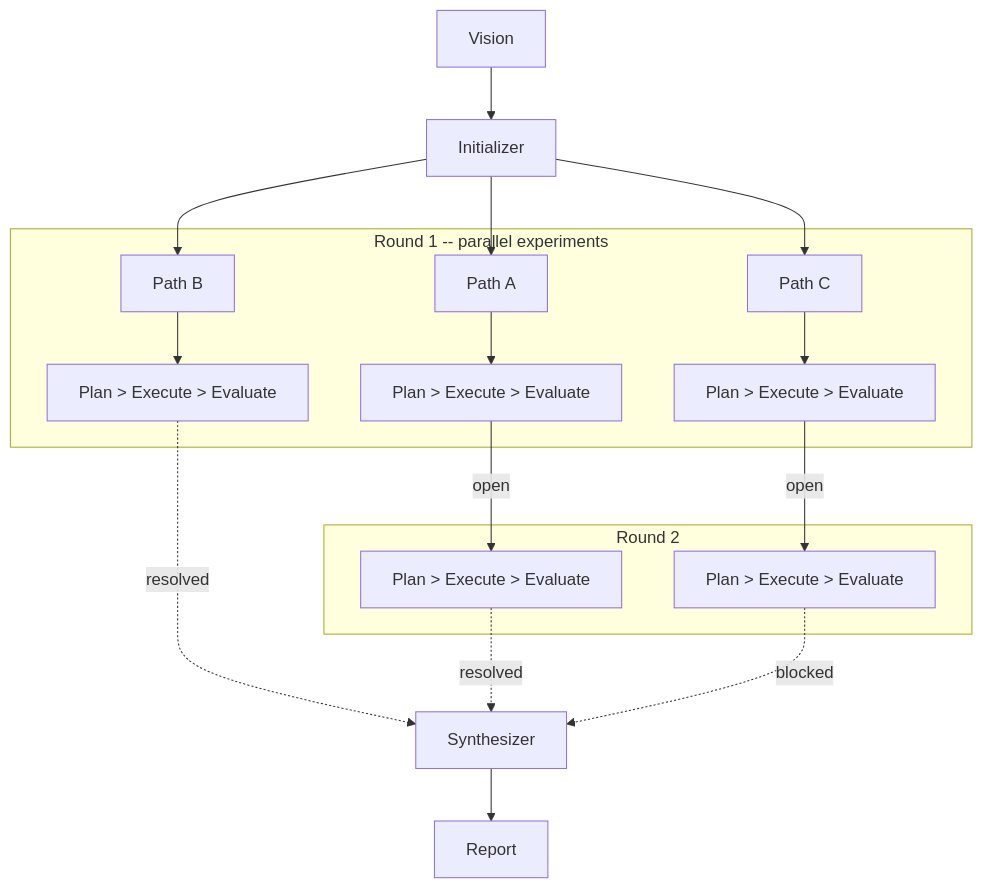
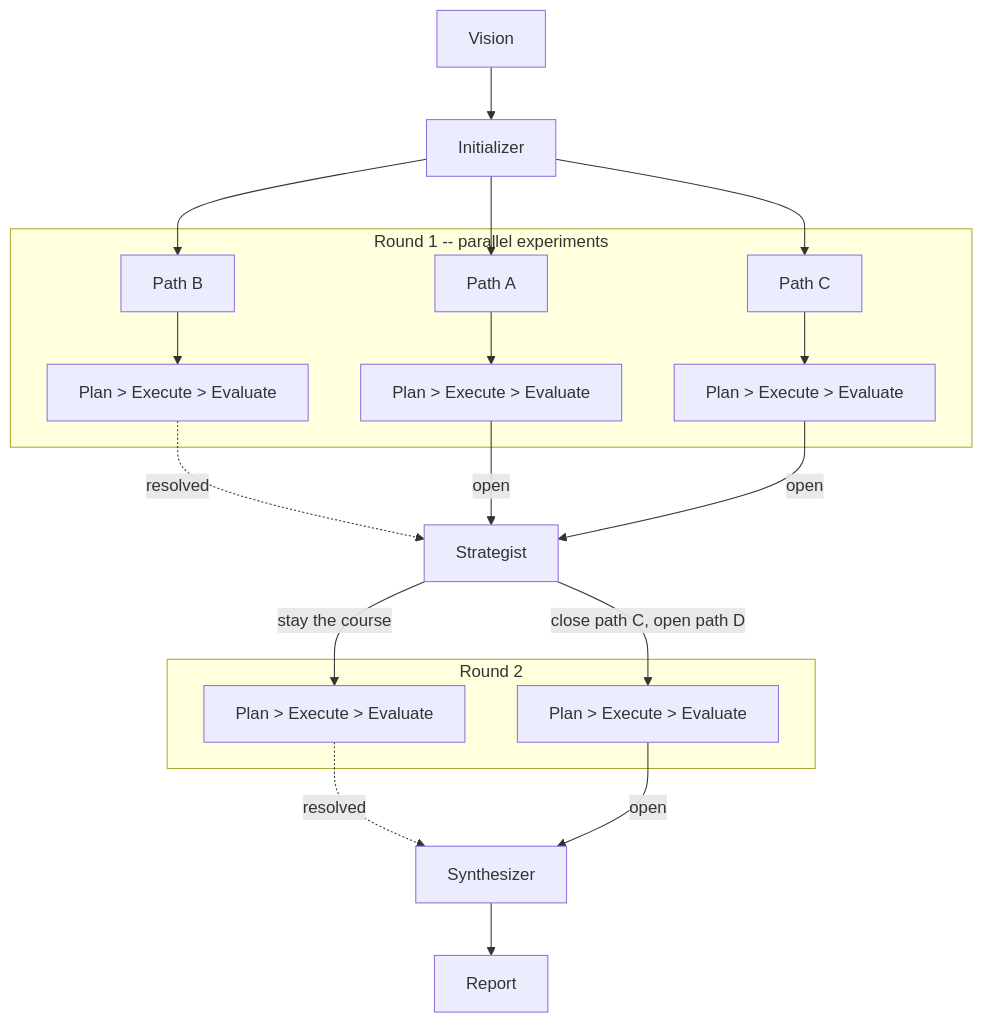
The diagram in README.md (atbrace/foray), drawn with Mermaid before and after one commit. The commit also changed other lines of this file, not shown here.

First line of the commit message:
docs: update README with strategist agent, guardrails, and new options

````diff
--- a/README.md
+++ b/README.md
@@ -18,27 +19,30 @@
 ```mermaid
 flowchart TD
     V["Vision"] --> Init["Initializer"]
     Init --> A["Path A"]
     Init --> B["Path B"]
     Init --> C["Path C"]
 
     subgraph R1 ["Round 1  --  parallel experiments"]
         A --> A1["Plan > Execute > Evaluate"]
         B --> B1["Plan > Execute > Evaluate"]
         C --> C1["Plan > Execute > Evaluate"]
     end
 
-    B1 -. "resolved" .-> Synth
-    A1 -- "open" --> A2
-    C1 -- "open" --> C2
+    B1 -. "resolved" .-> S1
+    A1 -- "open" --> S1
+    C1 -- "open" --> S1
+
+    S1["Strategist"] -- "stay the course" --> A2
+    S1 -- "close path C, open path D" --> D2
 
     subgraph R2 ["Round 2"]
         A2["Plan > Execute > Evaluate"]
-        C2["Plan > Execute > Evaluate"]
+        D2["Plan > Execute > Evaluate"]
     end
 
     A2 -. "resolved" .-> Synth
-    C2 -. "blocked" .-> Synth
+    D2 -- "open" --> Synth
 
     Synth["Synthesizer"] --> Report["Report"]
 ```
````
